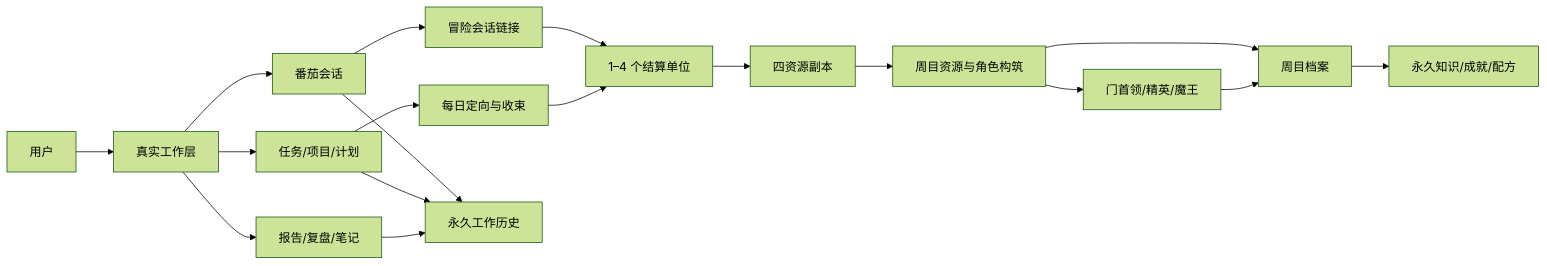
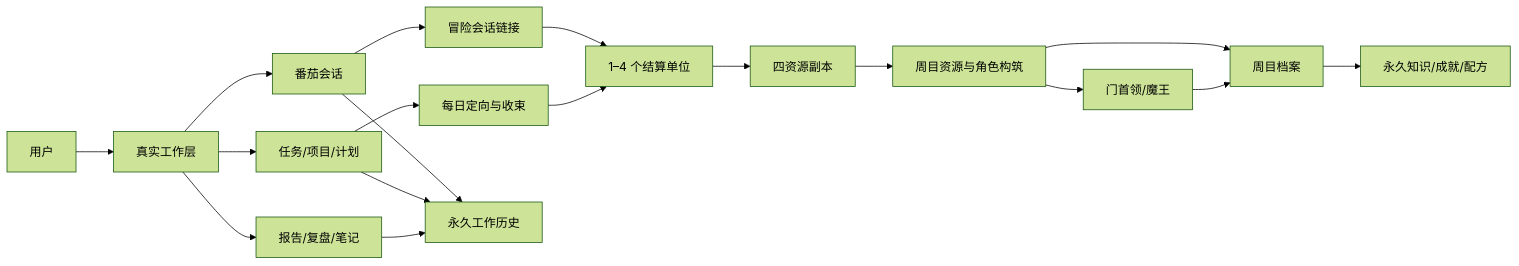
Before and after one commit to 808-Stars/monotasking-pomodoro: the first of 3 diagrams in frontend/docs/superpowers/specs/2026-08-28-jrpg-architecture-and-verification.md, drawn with Mermaid (forest theme). The commit also changed other lines of this file and 3 other files, not shown here.

````diff
--- a/frontend/docs/superpowers/specs/2026-08-28-jrpg-architecture-and-verification.md
+++ b/frontend/docs/superpowers/specs/2026-08-28-jrpg-architecture-and-verification.md
@@ -22,24 +22,24 @@
 ```mermaid
 flowchart LR
     U[用户] --> W[真实工作层]
     W --> T[任务/项目/计划]
     W --> P[番茄会话]
     W --> R[报告/复盘/笔记]
 
     P --> L[冒险会话链接]
     L --> S[1–4 个结算单位]
     S --> D[四资源副本]
     D --> E[周目资源与角色构筑]
-    E --> B[门首领/精英/魔王]
+    E --> B[门首领/魔王]
 
     T --> C[每日定向与收束]
     C --> S
 
     E --> A[周目档案]
     B --> A
     A --> K[永久知识/成就/配方]
 
     P --> H[永久工作历史]
     T --> H
     R --> H
 ```
````
